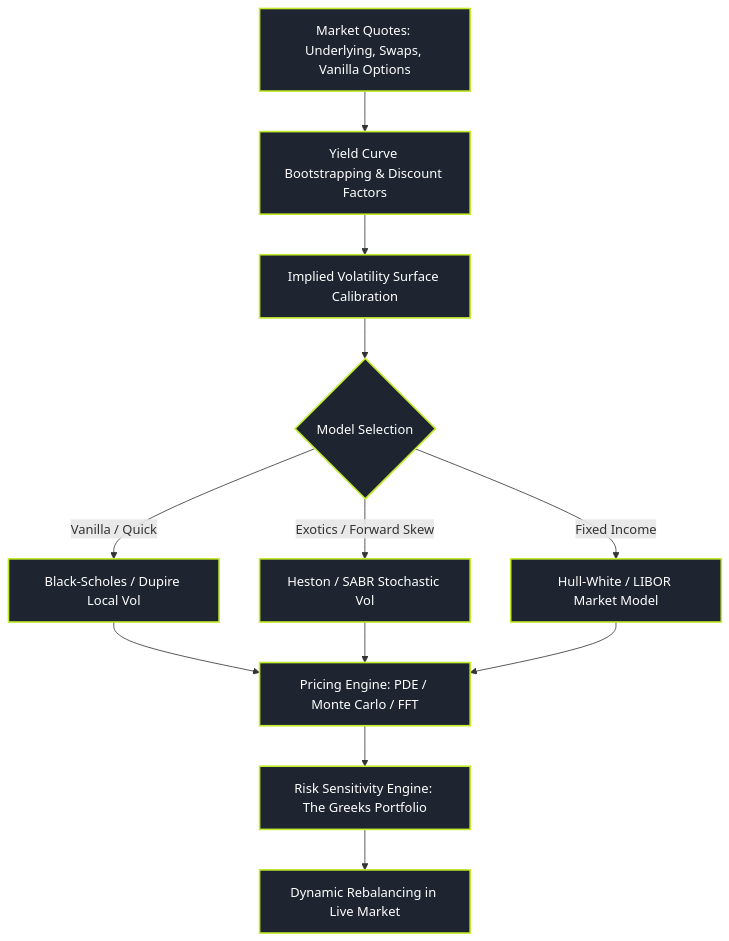
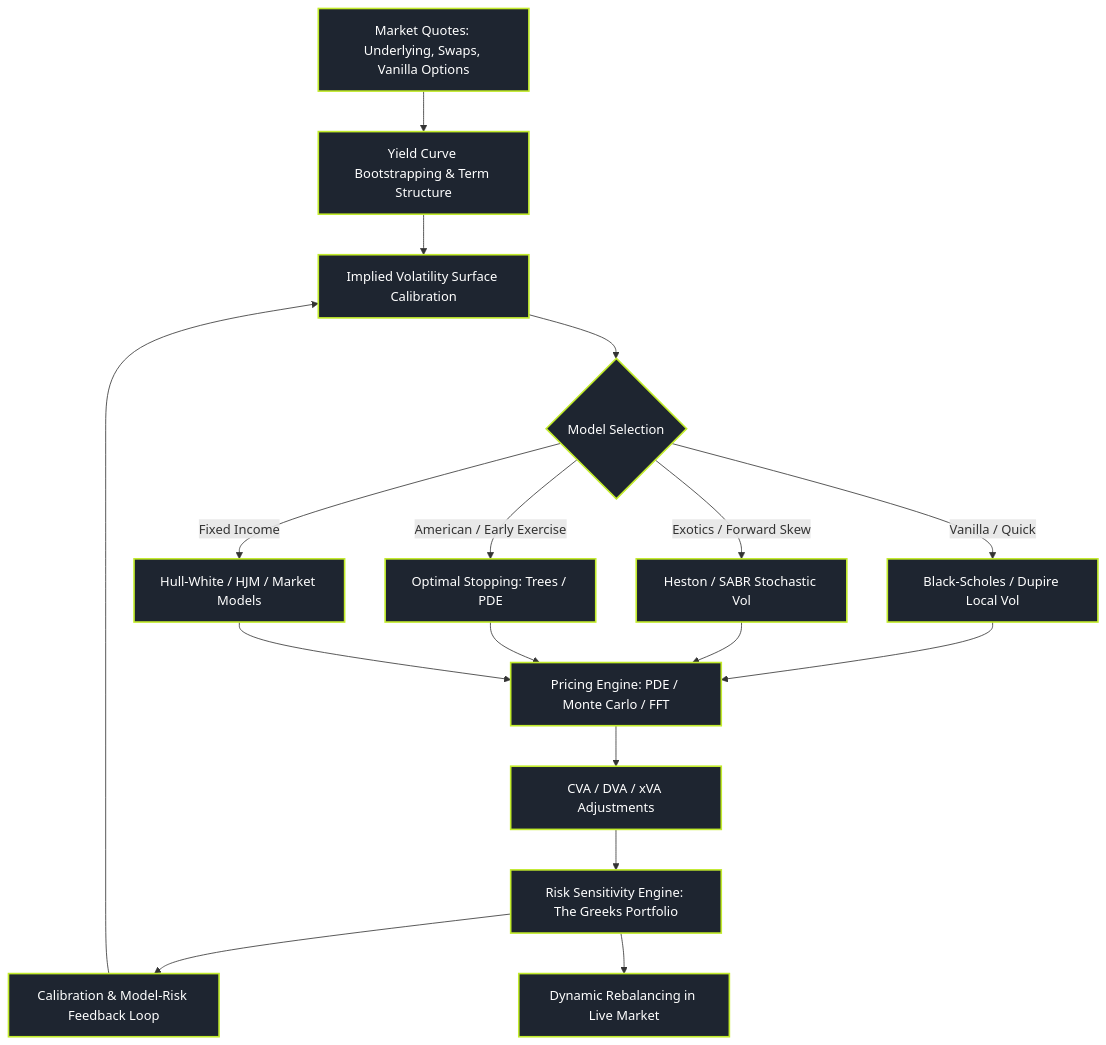
The diagram in content/pillars/03-derivative-pricing/index.md (kwantklubben/kwant-atlas), drawn with Mermaid before and after one commit. The commit also changed other lines of this file and 76 other files, not shown here.

````diff
--- a/content/pillars/03-derivative-pricing/index.md
+++ b/content/pillars/03-derivative-pricing/index.md
@@ -31,17 +51,22 @@
 ```mermaid
 graph TD
-    M[Market Quotes: Underlying, Swaps, Vanilla Options] --> B[Yield Curve Bootstrapping & Discount Factors]
+    M[Market Quotes: Underlying, Swaps, Vanilla Options] --> B[Yield Curve Bootstrapping & Term Structure]
     B --> V[Implied Volatility Surface Calibration]
     V --> S{Model Selection}
     S -->|Vanilla / Quick| BS[Black-Scholes / Dupire Local Vol]
     S -->|Exotics / Forward Skew| H[Heston / SABR Stochastic Vol]
-    S -->|Fixed Income| HW[Hull-White / LIBOR Market Model]
+    S -->|American / Early Exercise| AM[Optimal Stopping: Trees / PDE]
+    S -->|Fixed Income| HW[Hull-White / HJM / Market Models]
     BS --> P[Pricing Engine: PDE / Monte Carlo / FFT]
     H --> P
+    AM --> P
     HW --> P
-    P --> G[Risk Sensitivity Engine: The Greeks Portfolio]
+    P --> X[CVA / DVA / xVA Adjustments]
+    X --> G[Risk Sensitivity Engine: The Greeks Portfolio]
+    G --> Cal[Calibration & Model-Risk Feedback Loop]
+    Cal --> V
     G --> Hdg[Dynamic Rebalancing in Live Market]
 
     classDef pipe fill:#1E2530,stroke:#C2EB2B,stroke-width:2px,color:#FFFFFF;
-    class M,B,V,S,BS,H,HW,P,G,Hdg pipe;
+    class M,B,V,S,BS,H,AM,HW,P,X,G,Cal,Hdg pipe;
 ```
````
